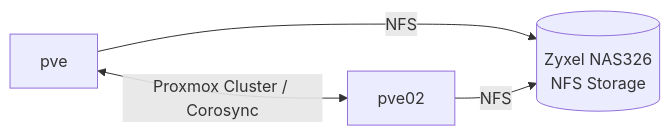
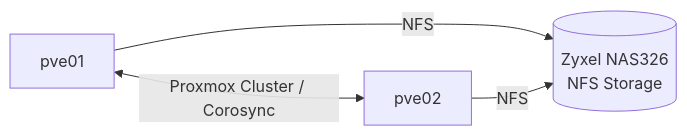
The second of 3 diagrams in docs/architecture.md (Tearstone/tearstone-homelab), drawn with Mermaid before and after one commit. The commit also changed other lines of this file, not shown here.

Commit message:
Remove internal network identifiers from architecture documentation

````diff
--- a/docs/architecture.md
+++ b/docs/architecture.md
@@ -87,10 +81,10 @@
 ```mermaid
 graph LR
-    PVE["pve\n<PRIVATE_IP>"]
-    PVE02["pve02\n<PRIVATE_IP>"]
+    PVE["pve01"]
+    PVE02["pve02"]
     NAS[("Zyxel NAS326\nNFS Storage")]
 
     PVE <-->|"Proxmox Cluster / Corosync"| PVE02
     PVE -->|NFS| NAS
     PVE02 -->|NFS| NAS
 ```
````
